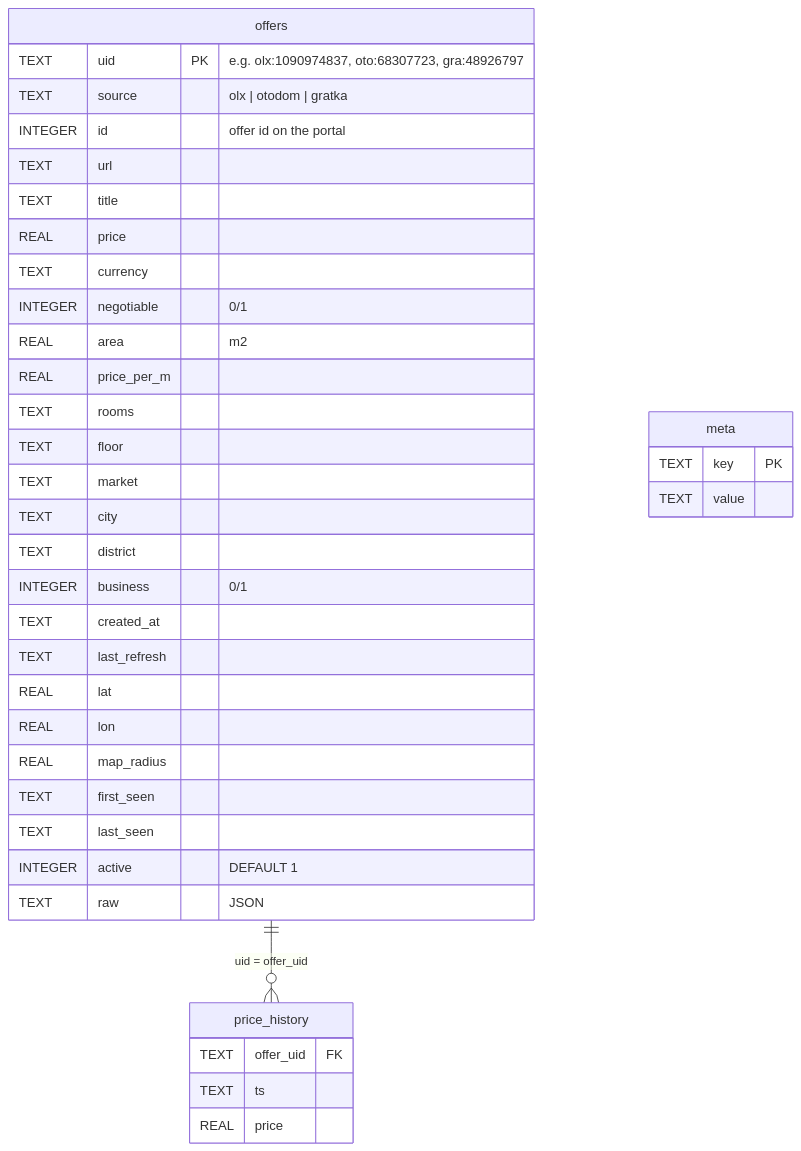
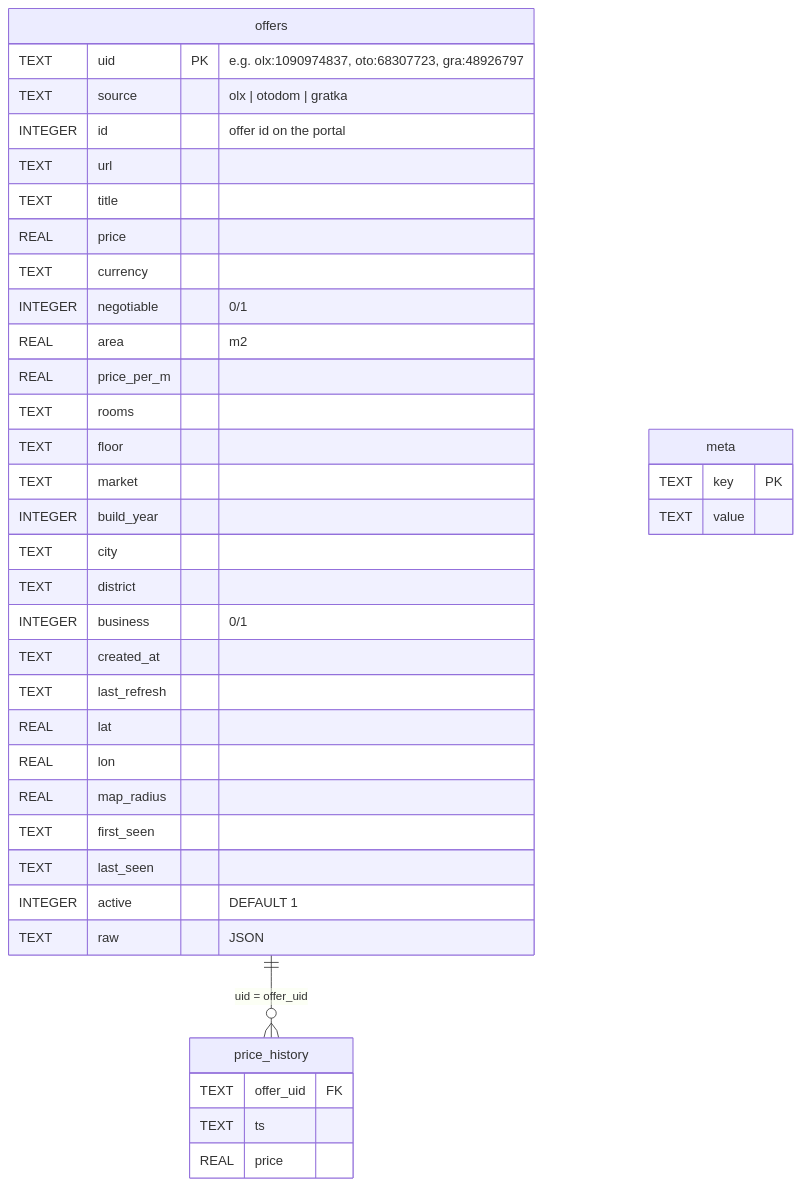
The diagram in docs/database.md (MaciekTW/monitor-ofert), drawn with Mermaid before and after one commit. The commit also changed other lines of this file and 8 other files, not shown here.

````diff
--- a/docs/database.md
+++ b/docs/database.md
@@ -11,43 +11,44 @@
 ```mermaid
 erDiagram
     offers ||--o{ price_history : "uid = offer_uid"
 
     offers {
         TEXT    uid PK "e.g. olx:1090974837, oto:68307723, gra:48926797"
         TEXT    source "olx | otodom | gratka"
         INTEGER id "offer id on the portal"
         TEXT    url
         TEXT    title
         REAL    price
         TEXT    currency
         INTEGER negotiable "0/1"
         REAL    area "m2"
         REAL    price_per_m
         TEXT    rooms
         TEXT    floor
         TEXT    market
+        INTEGER build_year
         TEXT    city
         TEXT    district
         INTEGER business "0/1"
         TEXT    created_at
         TEXT    last_refresh
         REAL    lat
         REAL    lon
         REAL    map_radius
         TEXT    first_seen
         TEXT    last_seen
         INTEGER active "DEFAULT 1"
         TEXT    raw "JSON"
     }
 
     price_history {
         TEXT offer_uid FK
         TEXT ts
         REAL price
     }
 
     meta {
         TEXT key PK
         TEXT value
     }
 ```
````
